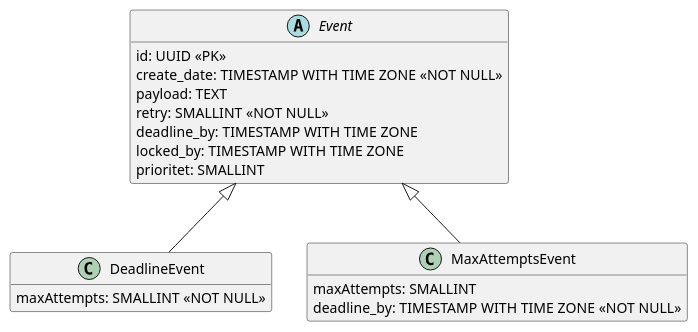
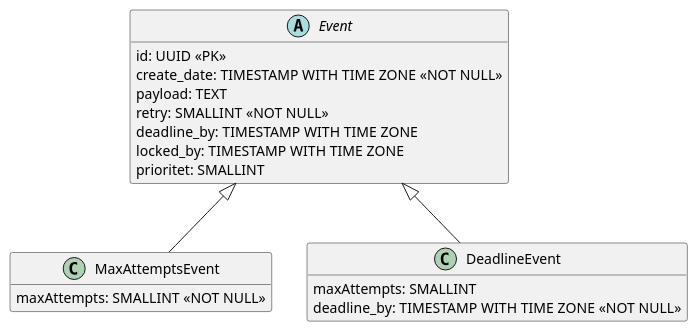
One commit to laym0n/eventhandling changed the diagram in events.plantuml. Above: the diagram before and after it, drawn with PlantUML. The commit also changed other lines of this file and 4 other files, not shown here.

```diff
--- a/events.plantuml
+++ b/events.plantuml
@@ -1,28 +1,28 @@
 @startuml
 hide methods
 
 abstract class Event {
     id: UUID <<PK>>
     create_date: TIMESTAMP WITH TIME ZONE <<NOT NULL>>
     name: VARCHAR(100) <<NOT NULL>>
     payload: TEXT
     group_id: VARCHAR(100)
     retry: SMALLINT <<NOT NULL>>
     deadline_by: TIMESTAMP WITH TIME ZONE
     locked_by: TIMESTAMP WITH TIME ZONE
     prioritet: SMALLINT
     status: VARCHAR(50)>
 }
 
-class DeadlineEvent {
+class MaxAttemptsEvent {
     maxAttempts: SMALLINT <<NOT NULL>>
 }
 
-class MaxAttemptsEvent {
+class DeadlineEvent {
     maxAttempts: SMALLINT
     deadline_by: TIMESTAMP WITH TIME ZONE <<NOT NULL>>
 }
 
 Event <|-- MaxAttemptsEvent
 Event <|-- DeadlineEvent
 @enduml
```
